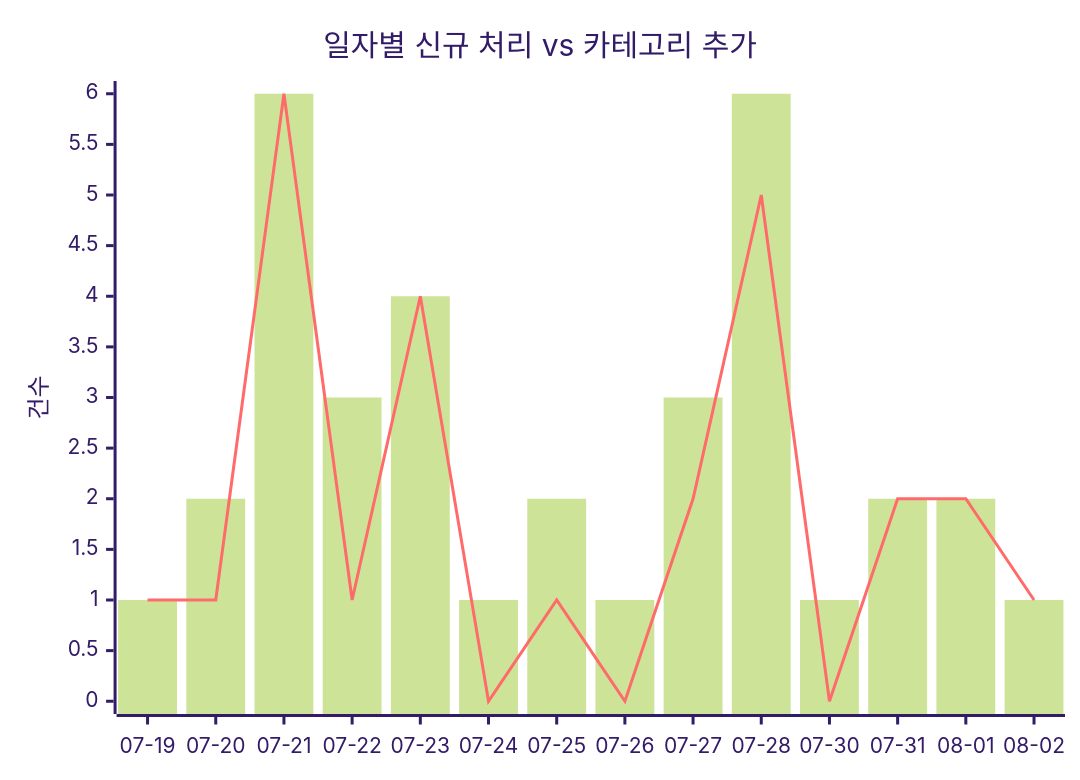
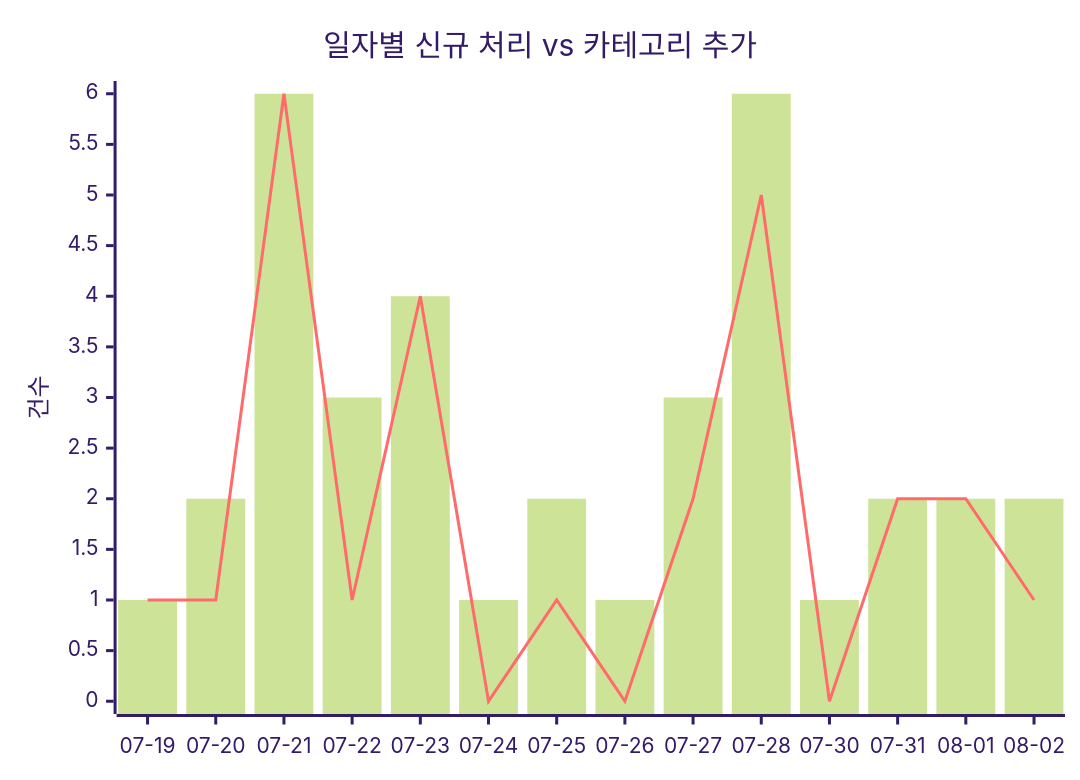
One commit to J-nowcow/awesome-korean-agent-skills changed the first of 2 diagrams in docs/trends.md. Above: the diagram before and after it, drawn with Mermaid (forest theme). The commit also changed other lines of this file and 2 other files, not shown here.

````diff
--- a/docs/trends.md
+++ b/docs/trends.md
@@ -32,8 +32,8 @@
 ```mermaid
 xychart-beta
     title "일자별 신규 처리 vs 카테고리 추가"
     x-axis ["07-19","07-20","07-21","07-22","07-23","07-24","07-25","07-26","07-27","07-28","07-30","07-31","08-01","08-02"]
     y-axis "건수"
-    bar [1,2,6,3,4,1,2,1,3,6,1,2,2,1]
+    bar [1,2,6,3,4,1,2,1,3,6,1,2,2,2]
     line [1,1,6,1,4,0,1,0,2,5,0,2,2,1]
 ```
````
